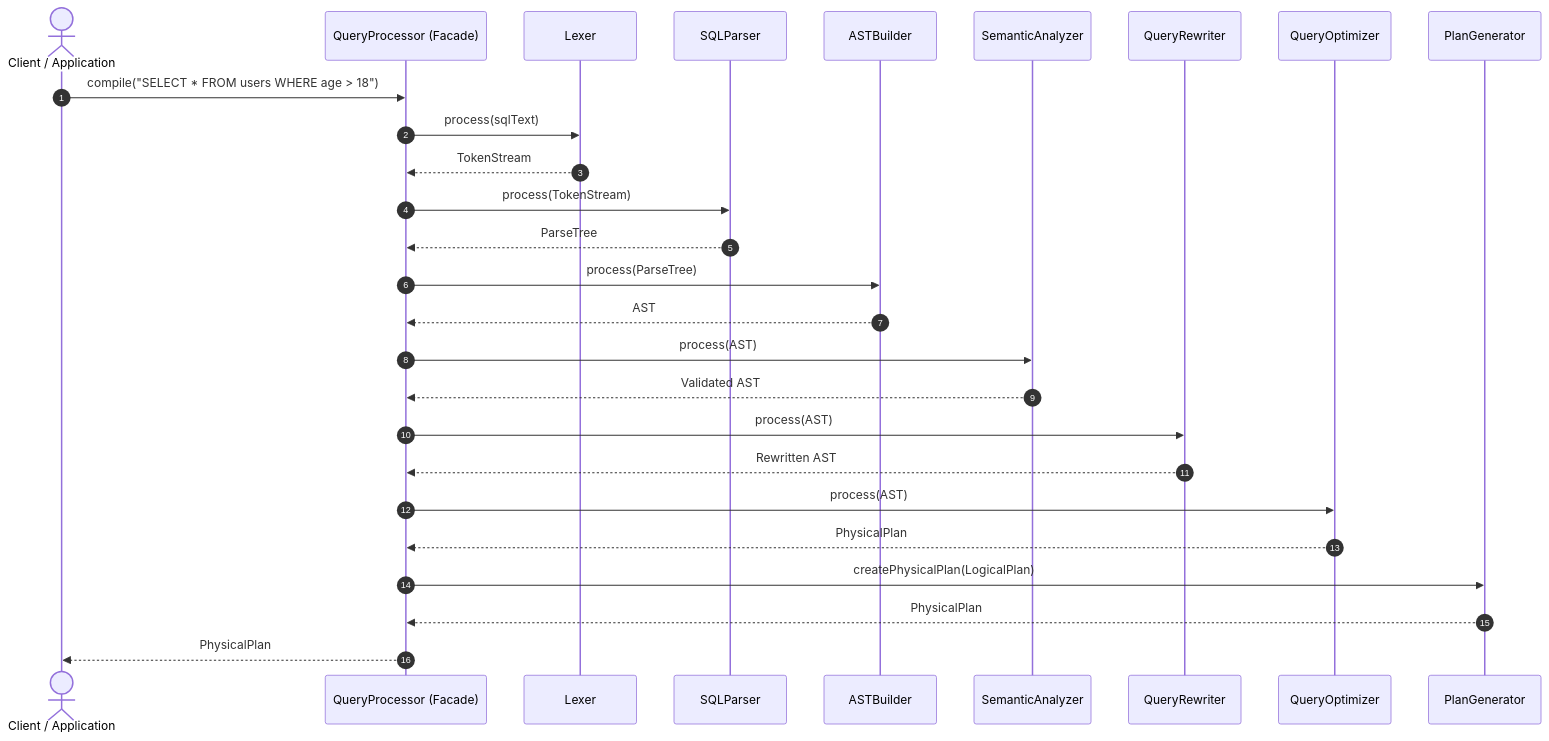
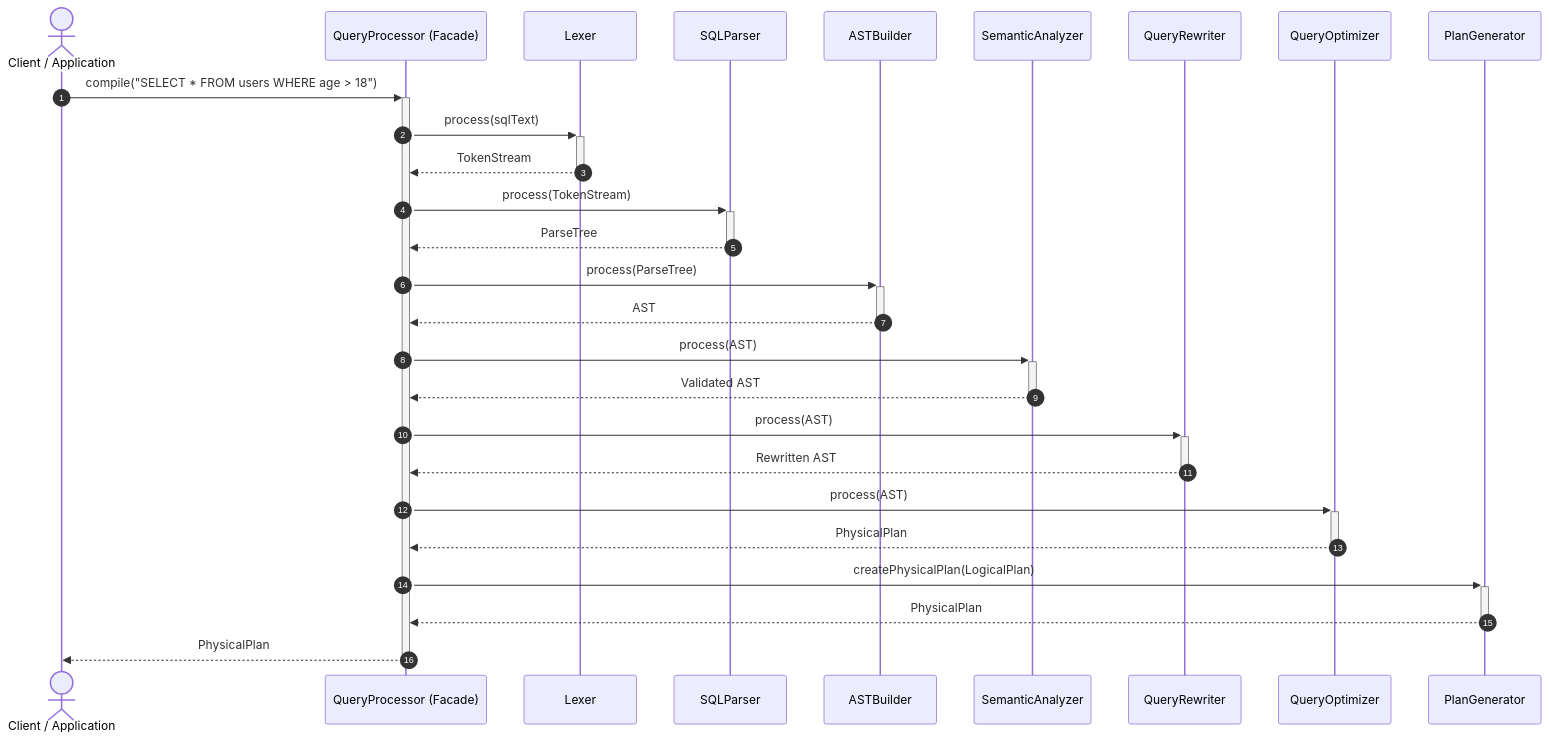
One commit to Dikhang1112/Database_Management_BBV changed the first of 13 diagrams in docs/design_patterns/query_processor/Sequece.md. Above: the diagram before and after it, drawn with Mermaid. The commit also changed other lines of this file and 12 other files, not shown here.

Commit message:
Refactor sequece diagram

````diff
--- a/docs/design_patterns/query_processor/Sequece.md
+++ b/docs/design_patterns/query_processor/Sequece.md
@@ -18,30 +18,30 @@
 ```mermaid
 sequenceDiagram
     autonumber
     actor Client as Client / Application
     participant QP as QueryProcessor (Facade)
     participant Lexer as Lexer
     participant Parser as SQLParser
     participant ASTB as ASTBuilder
     participant SA as SemanticAnalyzer
     participant QR as QueryRewriter
     participant Optimizer as QueryOptimizer
     participant PG as PlanGenerator
 
-    Client->>QP: compile("SELECT * FROM users WHERE age > 18")
-    QP->>Lexer: process(sqlText)
-    Lexer-->>QP: TokenStream
-    QP->>Parser: process(TokenStream)
-    Parser-->>QP: ParseTree
-    QP->>ASTB: process(ParseTree)
-    ASTB-->>QP: AST
-    QP->>SA: process(AST)
-    SA-->>QP: Validated AST
-    QP->>QR: process(AST)
-    QR-->>QP: Rewritten AST
-    QP->>Optimizer: process(AST)
-    Optimizer-->>QP: PhysicalPlan
-    QP->>PG: createPhysicalPlan(LogicalPlan)
-    PG-->>QP: PhysicalPlan
-    QP-->>Client: PhysicalPlan
+    Client->>+QP: compile("SELECT * FROM users WHERE age > 18")
+    QP->>+Lexer: process(sqlText)
+    Lexer-->>-QP: TokenStream
+    QP->>+Parser: process(TokenStream)
+    Parser-->>-QP: ParseTree
+    QP->>+ASTB: process(ParseTree)
+    ASTB-->>-QP: AST
+    QP->>+SA: process(AST)
+    SA-->>-QP: Validated AST
+    QP->>+QR: process(AST)
+    QR-->>-QP: Rewritten AST
+    QP->>+Optimizer: process(AST)
+    Optimizer-->>-QP: PhysicalPlan
+    QP->>+PG: createPhysicalPlan(LogicalPlan)
+    PG-->>-QP: PhysicalPlan
+    QP-->>-Client: PhysicalPlan
 ```
````
